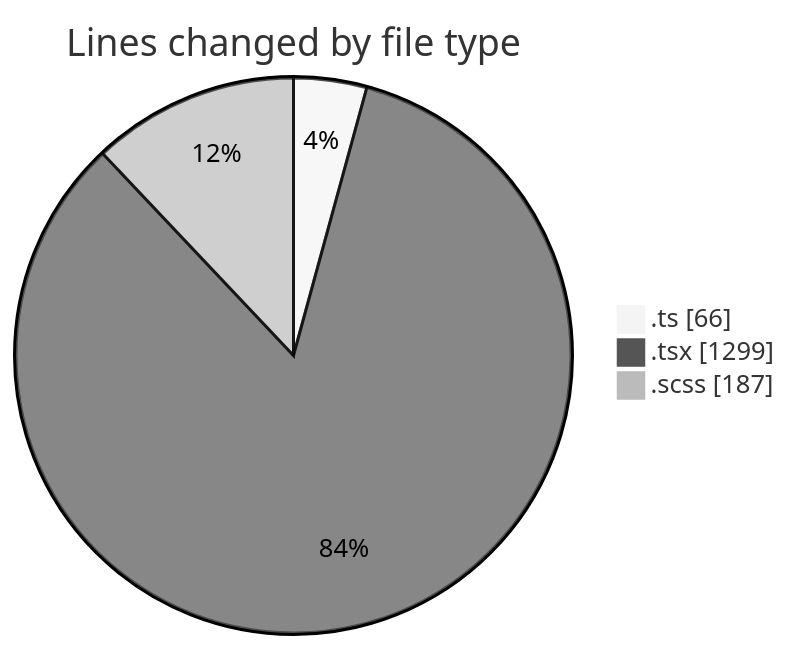
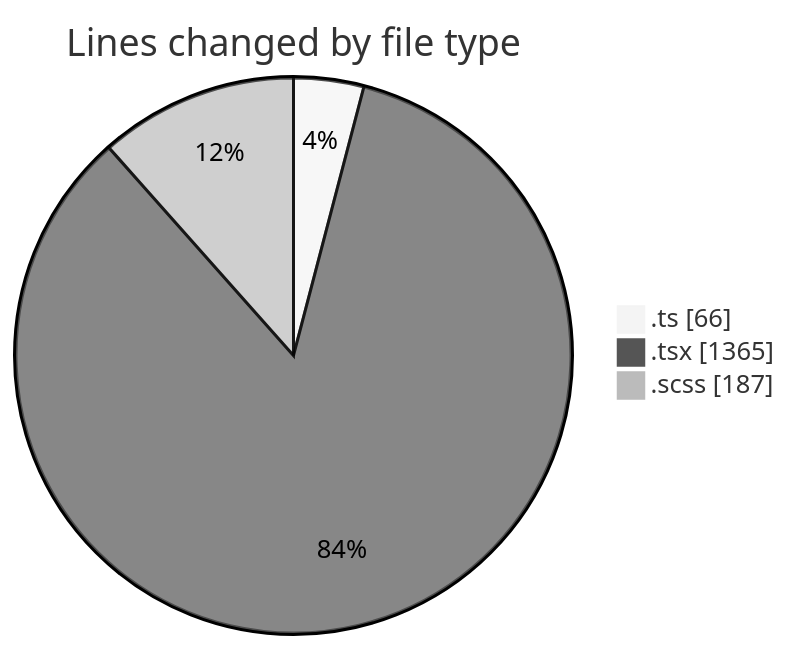
One commit to momahboobian/code-tracking changed the first of 2 diagrams in 2025-03-21/cda/README.md. Above: the diagram before and after it, drawn with Mermaid (neutral theme). The commit also changed other lines of this file and 1 other file, not shown here.

````diff
--- a/2025-03-21/cda/README.md
+++ b/2025-03-21/cda/README.md
@@ -32,7 +32,7 @@
 ```mermaid
 pie showData
 title Lines changed by file type
 ".ts" : 66
-".tsx" : 1299
+".tsx" : 1365
 ".scss" : 187
 ```
````
